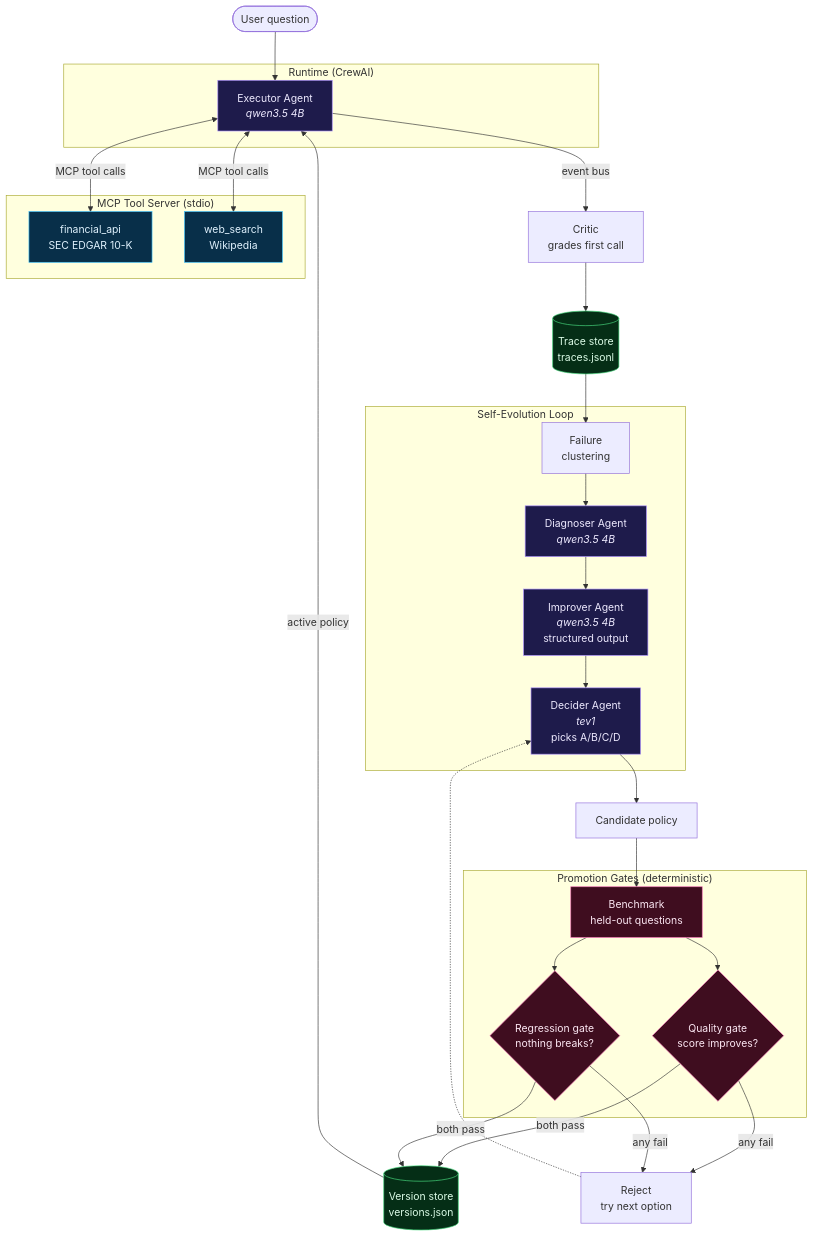
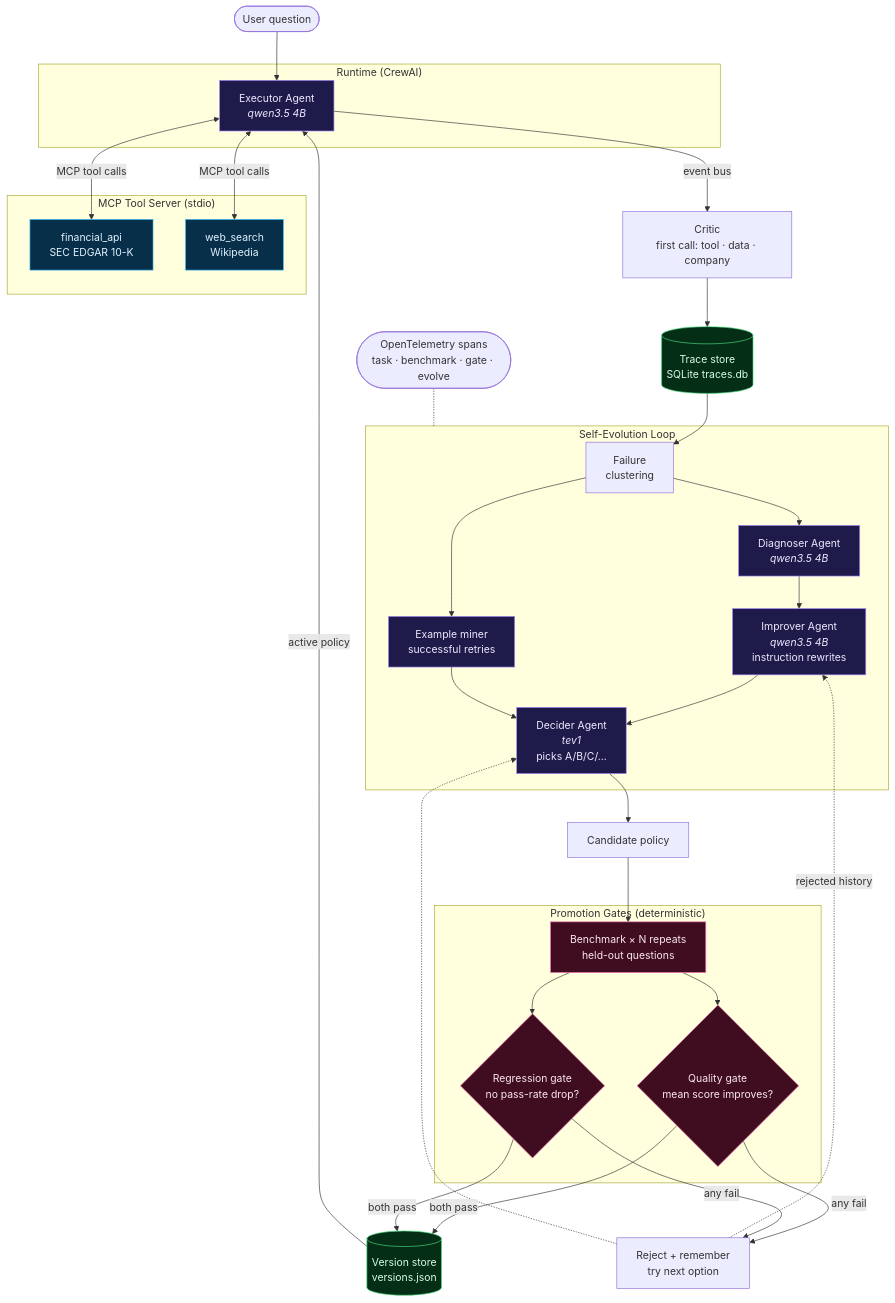
Before and after one commit to ashishpatel26/Self-Evolving-AI-Agent-Harness: the first of 3 diagrams in README.md, drawn with Mermaid. The commit also changed other lines of this file and 9 other files, not shown here.

First line of the commit message:
feat: complete roadmap - steered improver, wrong-company check, repeats, lock, SQLite, OTel, 3 knobs

````diff
--- a/README.md
+++ b/README.md
@@ -68,47 +68,52 @@
 ```mermaid
 flowchart TB
     U([User question]) --> EX
 
     subgraph RUNTIME["Runtime  (CrewAI)"]
         EX["Executor Agent<br/><i>qwen3.5 4B</i>"]
     end
 
     subgraph MCP["MCP Tool Server  (stdio)"]
         FIN["financial_api<br/>SEC EDGAR 10-K"]
         WEB["web_search<br/>Wikipedia"]
     end
 
     EX <-- "MCP tool calls" --> FIN
     EX <-- "MCP tool calls" --> WEB
-    EX -- "event bus" --> CR["Critic<br/>grades first call"]
-    CR --> TR[("Trace store<br/>traces.jsonl")]
+    EX -- "event bus" --> CR["Critic<br/>first call: tool · data · company"]
+    CR --> TR[("Trace store<br/>SQLite traces.db")]
 
     subgraph EVO["Self-Evolution Loop"]
         CL["Failure<br/>clustering"] --> DG["Diagnoser Agent<br/><i>qwen3.5 4B</i>"]
-        DG --> IM["Improver Agent<br/><i>qwen3.5 4B</i><br/>structured output"]
-        IM --> DC["Decider Agent<br/><i>tev1</i><br/>picks A/B/C/D"]
+        DG --> IM["Improver Agent<br/><i>qwen3.5 4B</i><br/>instruction rewrites"]
+        CL --> MX["Example miner<br/>successful retries"]
+        IM --> DC["Decider Agent<br/><i>tev1</i><br/>picks A/B/C/…"]
+        MX --> DC
     end
 
     TR --> CL
     DC --> CAND["Candidate policy"]
 
     subgraph GATES["Promotion Gates  (deterministic)"]
-        BM["Benchmark<br/>held-out questions"] --> QG{"Quality gate<br/>score improves?"}
-        BM --> RG{"Regression gate<br/>nothing breaks?"}
+        BM["Benchmark × N repeats<br/>held-out questions"] --> QG{"Quality gate<br/>mean score improves?"}
+        BM --> RG{"Regression gate<br/>no pass-rate drop?"}
     end
 
     CAND --> BM
     QG & RG -->|both pass| VS[("Version store<br/>versions.json")]
-    QG & RG -->|any fail| RJ["Reject<br/>try next option"]
+    QG & RG -->|any fail| RJ["Reject + remember<br/>try next option"]
+    RJ -.->|rejected history| IM
     RJ -.-> DC
     VS -->|active policy| EX
+    OT(["OpenTelemetry spans<br/>task · benchmark · gate · evolve"]) -.- EVO
 
     classDef llm fill:#1e1b4b,stroke:#a78bfa,color:#ede9fe
     classDef tool fill:#082f49,stroke:#38bdf8,color:#e0f2fe
     classDef gate fill:#3f0d1f,stroke:#f472b6,color:#fce7f3
     classDef store fill:#052e16,stroke:#4ade80,color:#dcfce7
     class EX,DG,IM,DC llm
     class FIN,WEB tool
     class QG,RG,BM gate
     class TR,VS store
+    class MX llm
 ```
````
